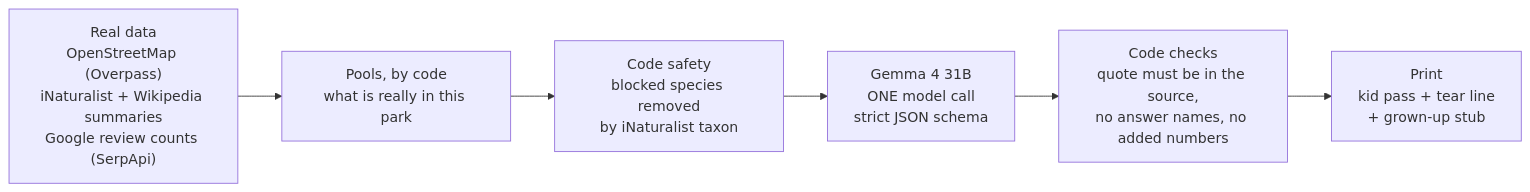
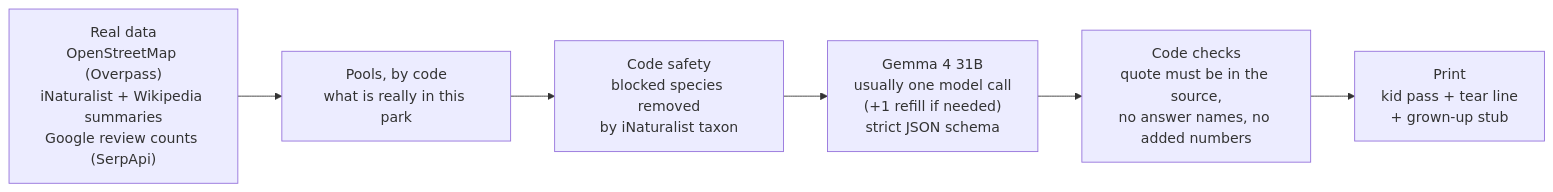
The diagram in README.md (c0de128/grass-pass), drawn with Mermaid before and after one commit. The commit also changed other lines of this file and 26 other files, not shown here.

First line of the commit message:
feat(copy): Kevin's tone on every remaining page; fix the "one AI call" claims

````diff
--- a/README.md
+++ b/README.md
@@ -50,8 +50,8 @@
 ```mermaid
 flowchart LR
   S["Real data<br/>OpenStreetMap (Overpass)<br/>iNaturalist + Wikipedia summaries<br/>Google review counts (SerpApi)"] --> P["Pools, by code<br/>what is really in this park"]
   P --> F["Code safety<br/>blocked species removed<br/>by iNaturalist taxon"]
-  F --> AI["Gemma 4 31B<br/>ONE model call<br/>strict JSON schema"]
+  F --> AI["Gemma 4 31B<br/>usually one model call<br/>(+1 refill if needed)<br/>strict JSON schema"]
   AI --> V["Code checks<br/>quote must be in the source,<br/>no answer names, no added numbers"]
   V --> PR["Print<br/>kid pass + tear line<br/>+ grown-up stub"]
 ```
````
